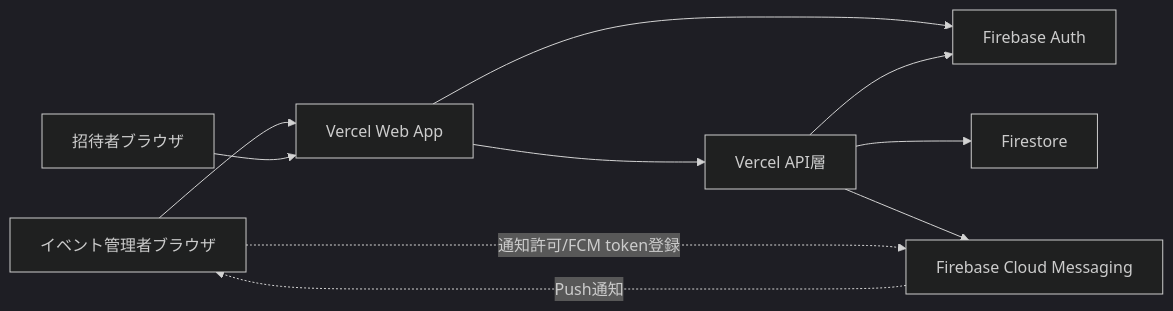
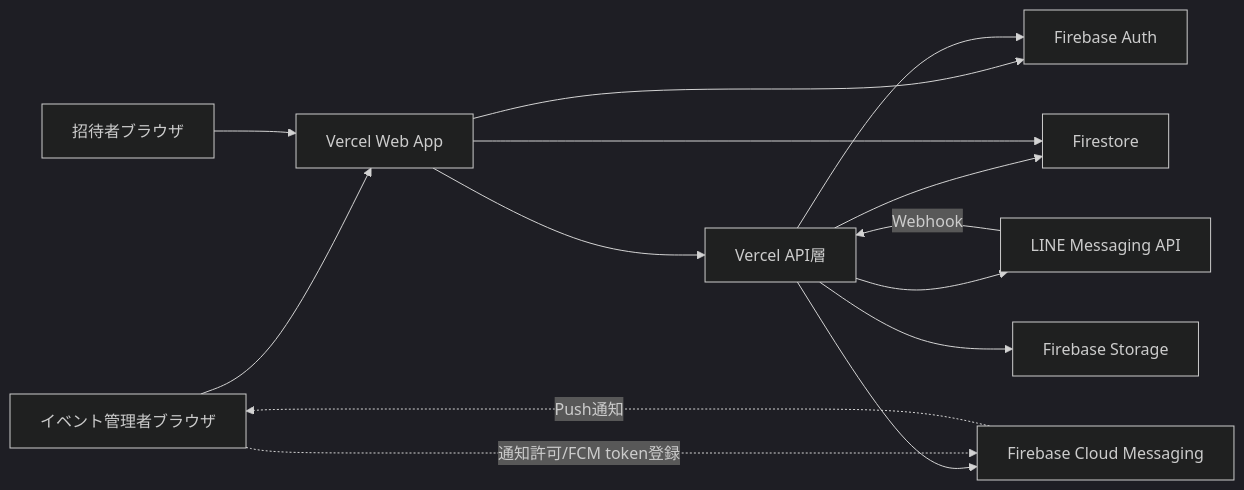
The first of 5 diagrams in docs/system-design.md (Bamboosato/rsvp-manager-app), drawn with Mermaid (dark theme) before and after one commit. The commit also changed other lines of this file and 7 other files, not shown here.

````diff
--- a/docs/system-design.md
+++ b/docs/system-design.md
@@ -32,12 +35,16 @@
 ```mermaid
 flowchart LR
   admin["イベント管理者ブラウザ"] --> web["Vercel Web App"]
   guest["招待者ブラウザ"] --> web
   web --> api["Vercel API層"]
   web --> auth["Firebase Auth"]
   api --> auth
   api --> db["Firestore"]
   api --> fcm["Firebase Cloud Messaging"]
+  web --> db
+  api --> line["LINE Messaging API"]
+  line -->|Webhook| api
+  api --> storage["Firebase Storage"]
   admin -. "通知許可/FCM token登録" .-> fcm
   fcm -. "Push通知" .-> admin
 ```
````
